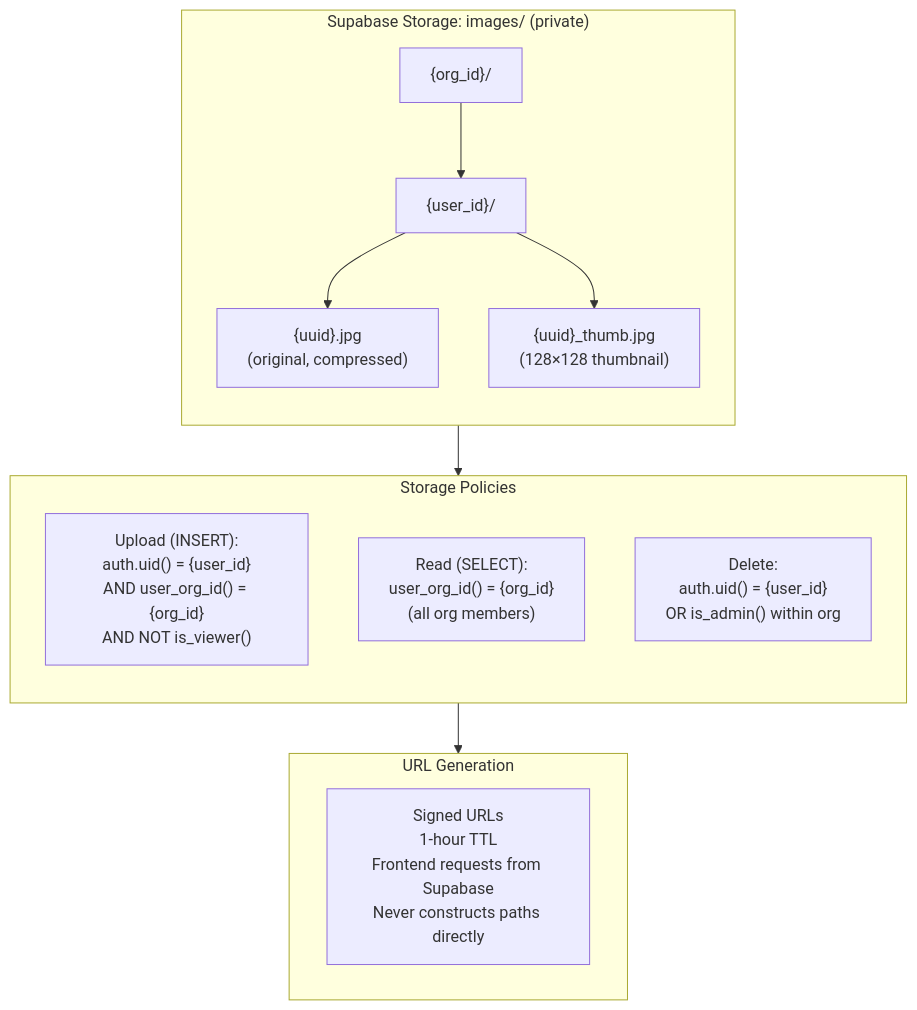
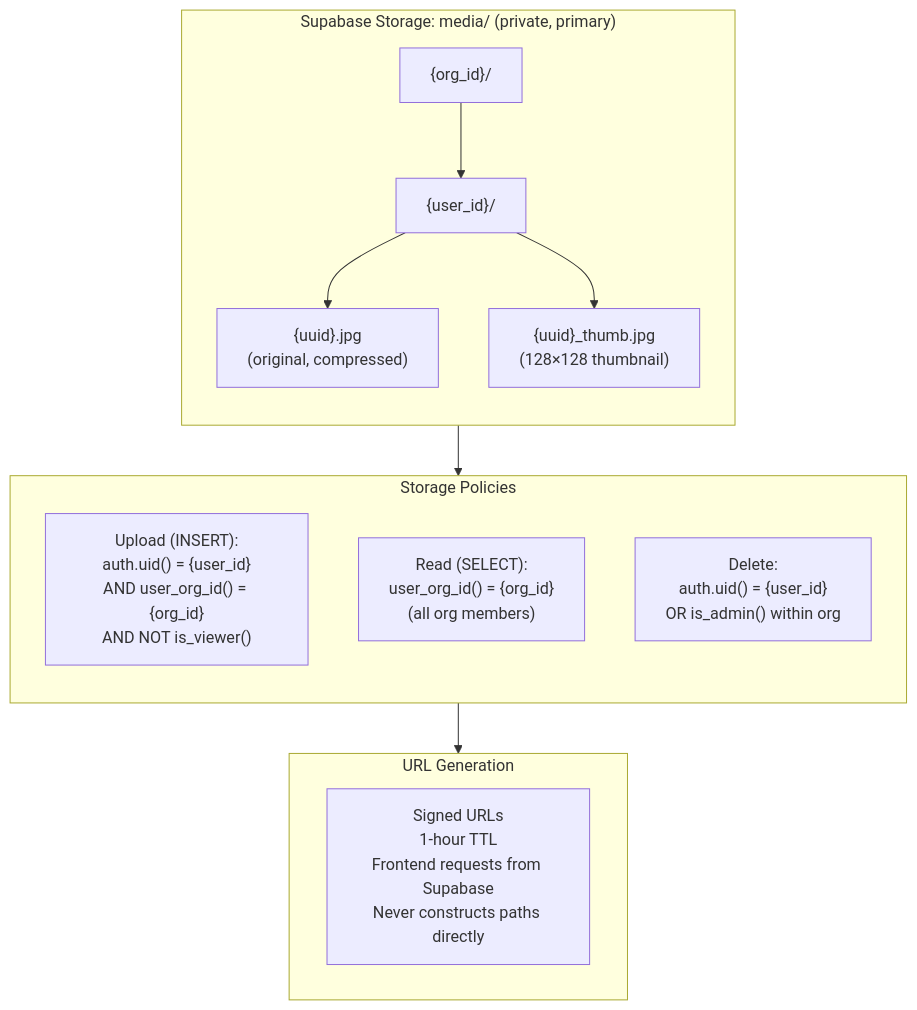
One commit to matkleve/feldpost changed the third of 4 diagrams in docs/security-boundaries.md. Above: the diagram before and after it, drawn with Mermaid. The commit also changed other lines of this file and 26 other files, not shown here.

First line of the commit message:
refactor: update terminology from 'images' to 'media items' across documentation

````diff
--- a/docs/security-boundaries.md
+++ b/docs/security-boundaries.md
@@ -229,23 +229,23 @@
 ```mermaid
 flowchart TD
-    subgraph Bucket["Supabase Storage: images/ (private)"]
+    subgraph Bucket["Supabase Storage: media/ (private, primary)"]
         direction TB
         ORG["{org_id}/"] --> USR["{user_id}/"]
         USR --> ORIG["{uuid}.jpg\n(original, compressed)"]
         USR --> THUMB["{uuid}_thumb.jpg\n(128×128 thumbnail)"]
     end
 
     subgraph Policies["Storage Policies"]
         direction TB
         UP["Upload (INSERT):\nauth.uid() = {user_id}\nAND user_org_id() = {org_id}\nAND NOT is_viewer()"]
         RD["Read (SELECT):\nuser_org_id() = {org_id}\n(all org members)"]
         DEL["Delete:\nauth.uid() = {user_id}\nOR is_admin() within org"]
     end
 
     subgraph Access["URL Generation"]
         SIGN["Signed URLs\n1-hour TTL\nFrontend requests from Supabase\nNever constructs paths directly"]
     end
 
     Bucket --> Policies
     Policies --> Access
 ```
````
